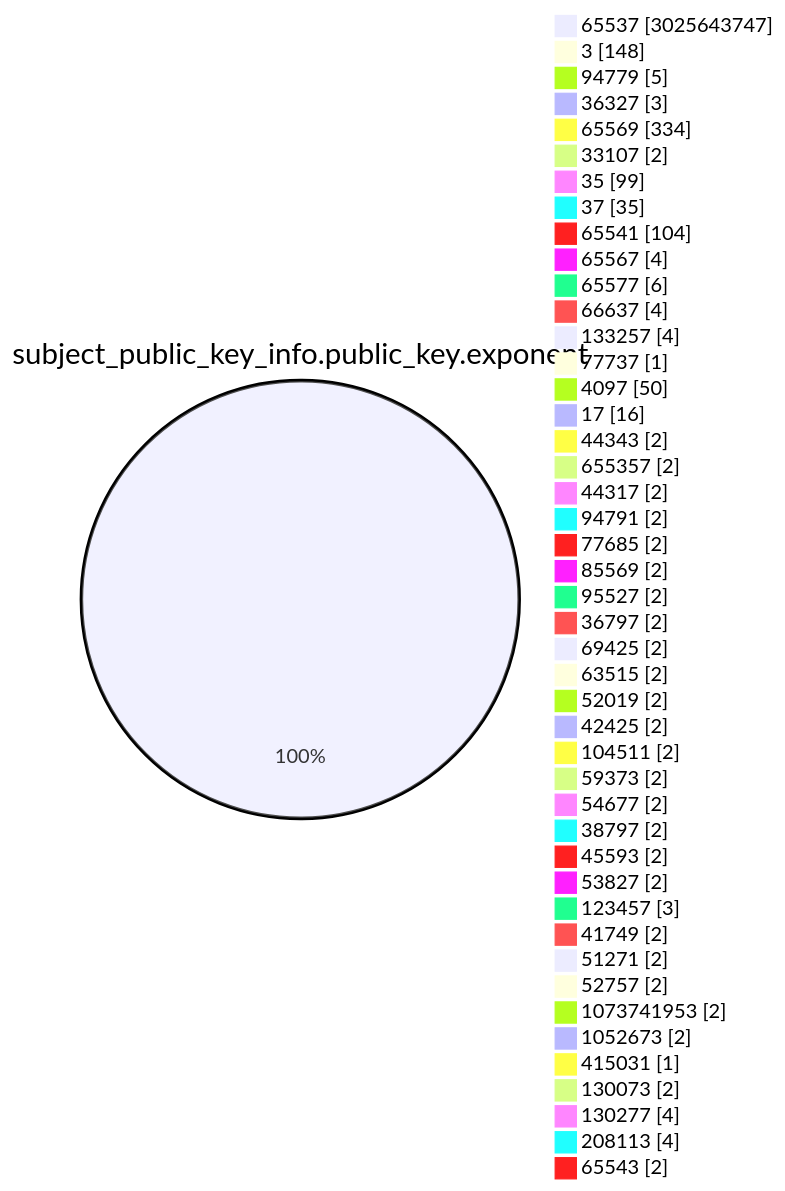
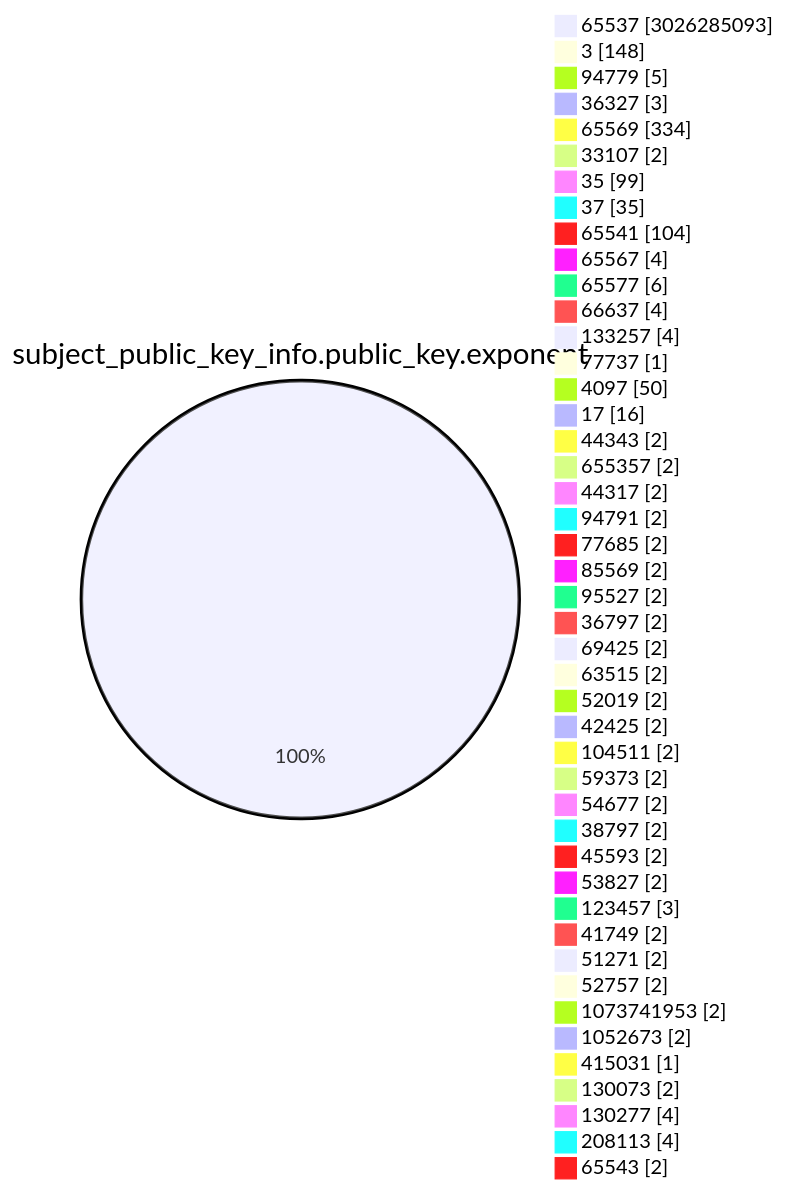
Before and after one commit to christiankrug/ctmonitor_visualization: the fourth of 15 diagrams in TOTAL/README.md, drawn with Mermaid. The commit also changed other lines of this file, not shown here.

````diff
--- a/TOTAL/README.md
+++ b/TOTAL/README.md
@@ -1473,49 +1473,49 @@
 ```mermaid
 pie showData
 title subject_public_key_info.public_key.exponent
-"65537" :3025643747
+"65537" :3026285093
 "3" :148
 "94779" :5
 "36327" :3
 "65569" :334
 "33107" :2
 "35" :99
 "37" :35
 "65541" :104
 "65567" :4
 "65577" :6
 "66637" :4
 "133257" :4
 "77737" :1
 "4097" :50
 "17" :16
 "44343" :2
 "655357" :2
 "44317" :2
 "94791" :2
 "77685" :2
 "85569" :2
 "95527" :2
 "36797" :2
 "69425" :2
 "63515" :2
 "52019" :2
 "42425" :2
 "104511" :2
 "59373" :2
 "54677" :2
 "38797" :2
 "45593" :2
 "53827" :2
 "123457" :3
 "41749" :2
 "51271" :2
 "52757" :2
 "1073741953" :2
 "1052673" :2
 "415031" :1
 "130073" :2
 "130277" :4
 "208113" :4
 "65543" :2
 ```
````
